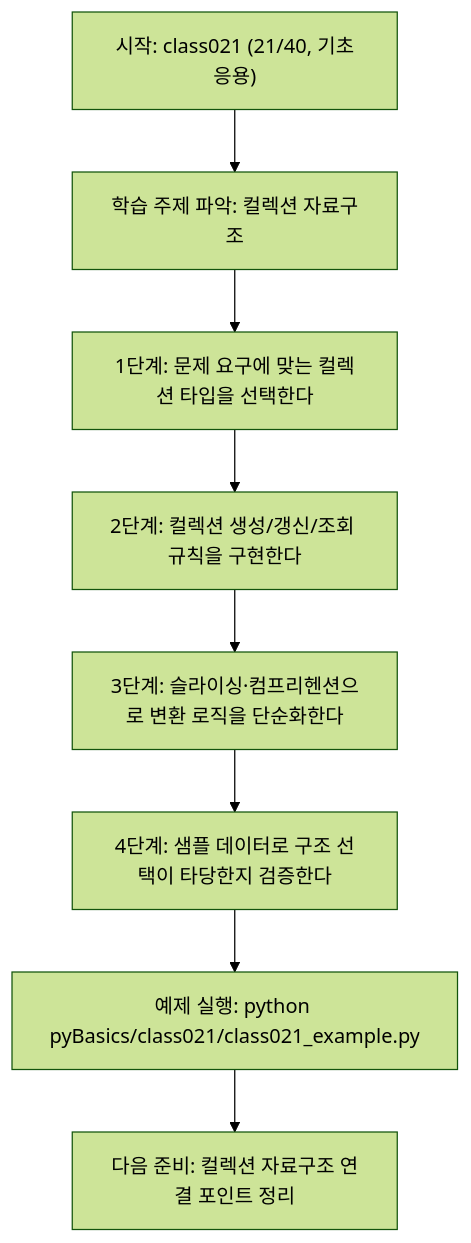
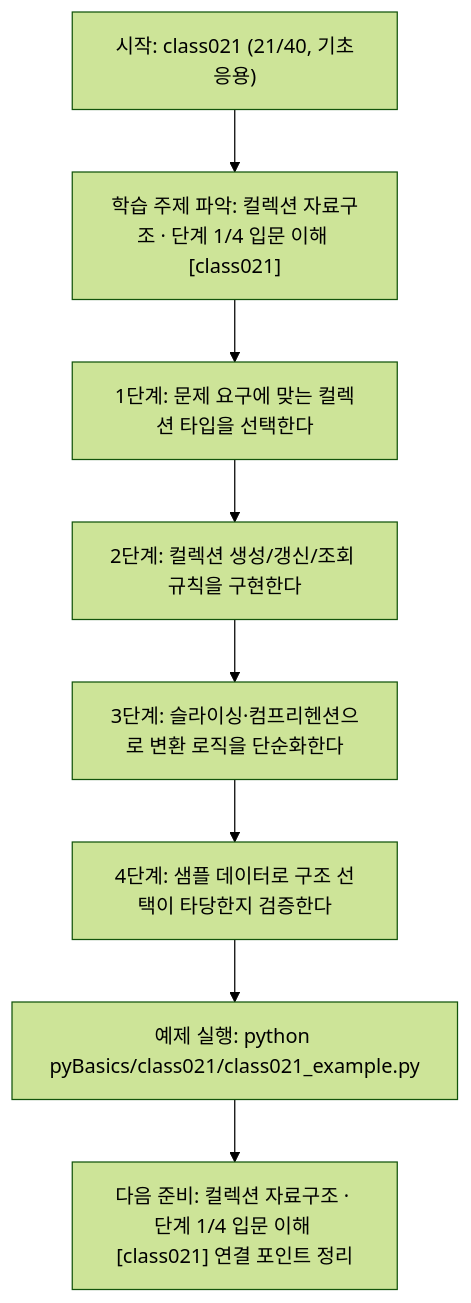
One commit to edumgt/Python-AI_Agent-Class changed the diagram in pyBasics/class021/class021.md. Above: the diagram before and after it, drawn with Mermaid (forest theme). The commit also changed other lines of this file and 522 other files, not shown here.

````diff
--- a/pyBasics/class021/class021.md
+++ b/pyBasics/class021/class021.md
@@ -108,18 +109,18 @@
 ```mermaid
 flowchart TD
 N1["시작: class021 (21/40, 기초응용)"]
-N2["학습 주제 파악: 컬렉션 자료구조"]
+N2["학습 주제 파악: 컬렉션 자료구조 · 단계 1/4 입문 이해 [class021]"]
 N3["1단계: 문제 요구에 맞는 컬렉션 타입을 선택한다"]
 N4["2단계: 컬렉션 생성/갱신/조회 규칙을 구현한다"]
 N5["3단계: 슬라이싱·컴프리헨션으로 변환 로직을 단순화한다"]
 N6["4단계: 샘플 데이터로 구조 선택이 타당한지 검증한다"]
 N7["예제 실행: python pyBasics/class021/class021_example.py"]
-N8["다음 준비: 컬렉션 자료구조 연결 포인트 정리"]
+N8["다음 준비: 컬렉션 자료구조 · 단계 1/4 입문 이해 [class021] 연결 포인트 정리"]
 N1 --> N2
 N2 --> N3
 N3 --> N4
 N4 --> N5
 N5 --> N6
 N6 --> N7
 N7 --> N8
 ```
````
